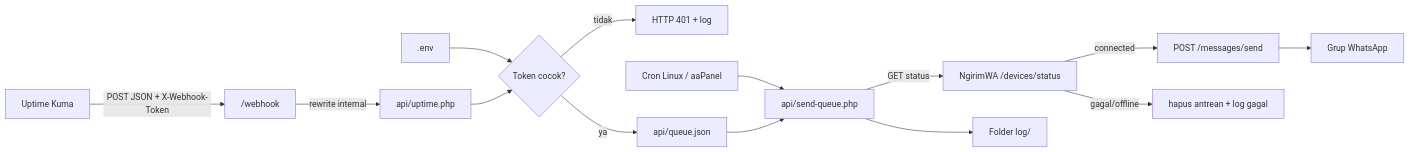
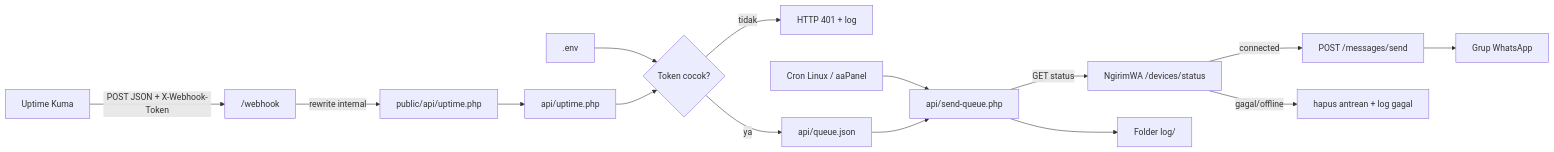
The diagram in README.md (ekiguistian/webhook_uptimekuma-sendwa), drawn with Mermaid before and after one commit. The commit also changed other lines of this file and 1 other file, not shown here.

```diff
--- a/README.md
+++ b/README.md
@@ -16,16 +16,17 @@
 ~~~mermaid
 flowchart LR
   Kuma["Uptime Kuma"] -->|POST JSON + X-Webhook-Token| Web["/webhook"]
-  Web -->|rewrite internal| Handler["api/uptime.php"]
+  Web -->|rewrite internal| Public["public/api/uptime.php"]
+  Public --> Handler["api/uptime.php"]
   Env[".env"] --> Auth{"Token cocok?"}
   Handler --> Auth
   Auth -->|tidak| Reject["HTTP 401 + log"]
   Auth -->|ya| Queue["api/queue.json"]
   Cron["Cron Linux / aaPanel"] --> Worker["api/send-queue.php"]
   Queue --> Worker
   Worker -->|GET status| Status["NgirimWA /devices/status"]
   Status -->|connected| Send["POST /messages/send"]
   Status -->|gagal/offline| Failure["hapus antrean + log gagal"]
   Send --> Group["Grup WhatsApp"]
   Worker --> Logs["Folder log/"]
 ~~~
```
